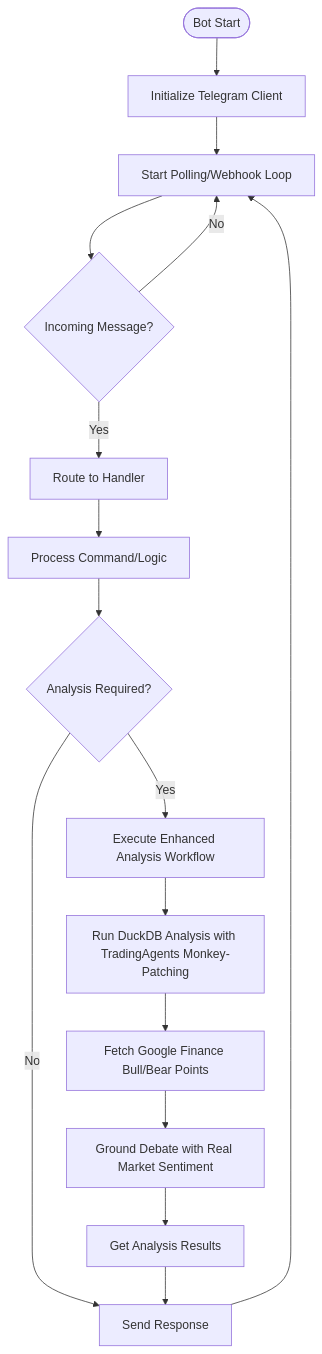
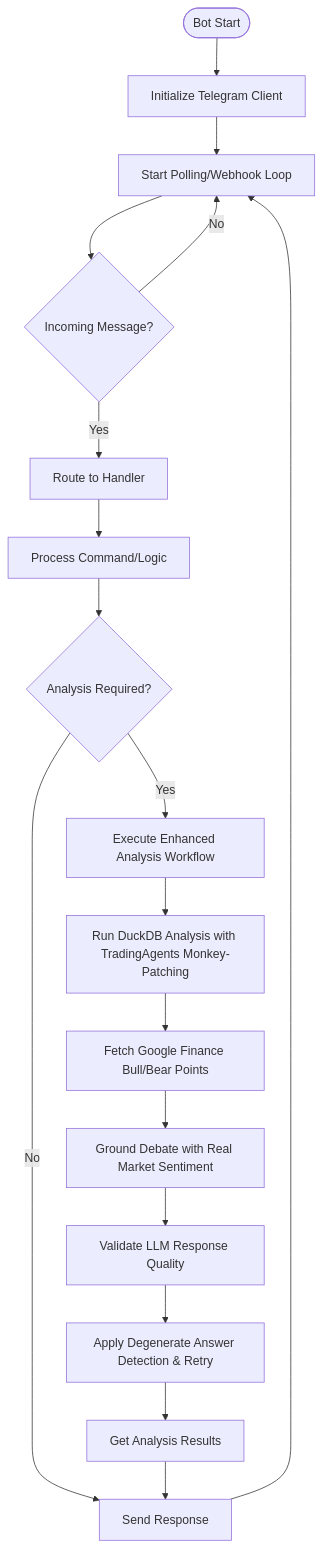
Before and after one commit to ZengSeng/telegram-bot: the third of 13 diagrams in .qoder/repowiki/en/content/Core Components/Analysis Framework.md, drawn with Mermaid. The commit also changed other lines of this file and 15 other files, not shown here.

````diff
--- a/.qoder/repowiki/en/content/Core Components/Analysis Framework.md
+++ b/.qoder/repowiki/en/content/Core Components/Analysis Framework.md
@@ -243,18 +250,20 @@
 ```mermaid
 flowchart TD
 Start(["Bot Start"]) --> Init["Initialize Telegram Client"]
 Init --> Poll["Start Polling/Webhook Loop"]
 Poll --> OnMessage{"Incoming Message?"}
 OnMessage --> |Yes| Route["Route to Handler"]
 Route --> Process["Process Command/Logic"]
 Process --> CheckAnalysis{"Analysis Required?"}
 CheckAnalysis --> |Yes| ExecuteAnalysis["Execute Enhanced Analysis Workflow"]
 CheckAnalysis --> |No| Reply["Send Response"]
 ExecuteAnalysis --> Analyze["Run DuckDB Analysis with TradingAgents Monkey-Patching"]
 Analyze --> GetGFData["Fetch Google Finance Bull/Bear Points"]
 GetGFData --> GroundDebate["Ground Debate with Real Market Sentiment"]
-GroundDebate --> GetResults["Get Analysis Results"]
+GroundDebate --> ValidateLLM["Validate LLM Response Quality"]
+ValidateLLM --> RetryLogic["Apply Degenerate Answer Detection & Retry"]
+RetryLogic --> GetResults["Get Analysis Results"]
 GetResults --> Reply["Send Response"]
 Reply --> Poll
 OnMessage --> |No| Poll
 ```
````
